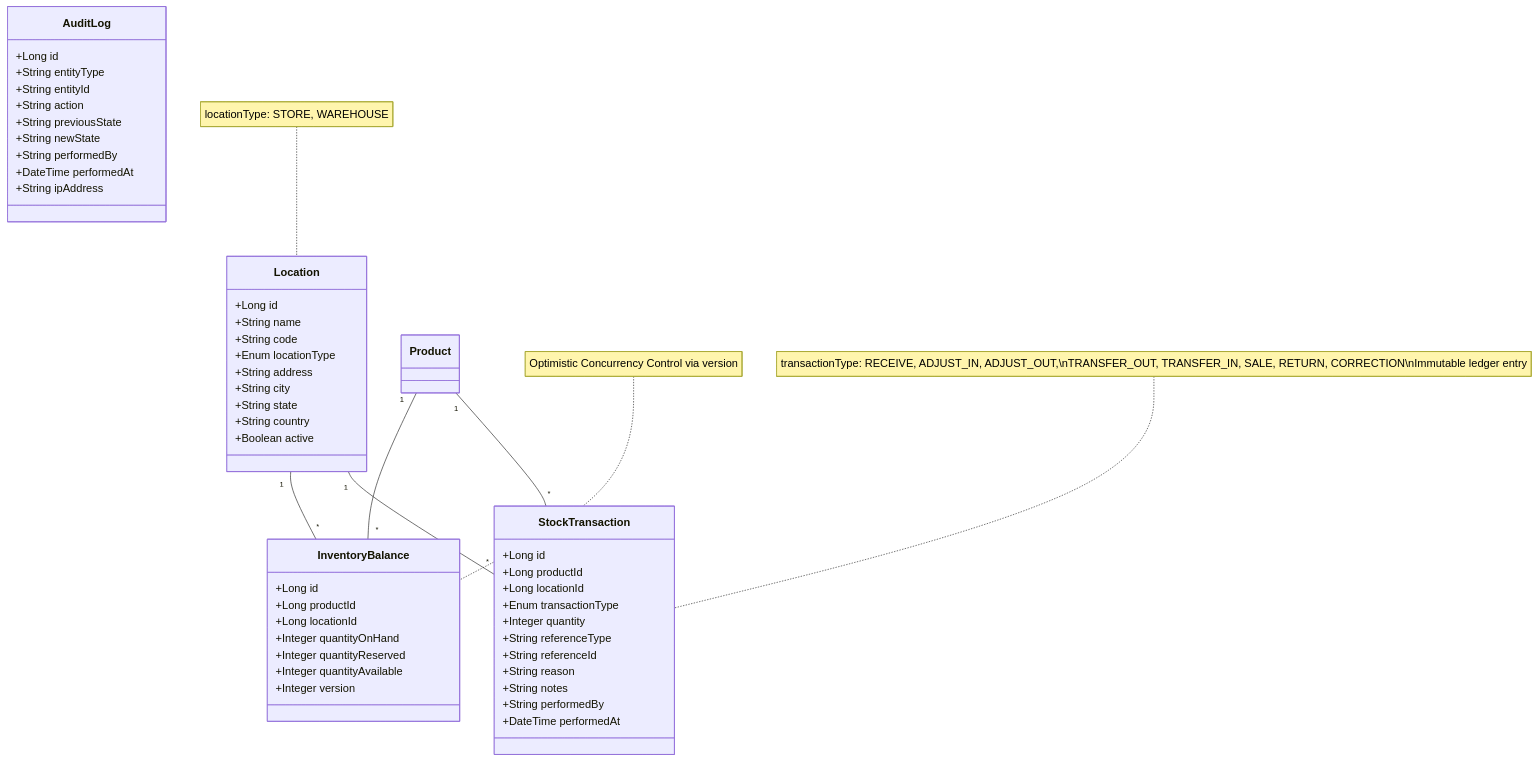
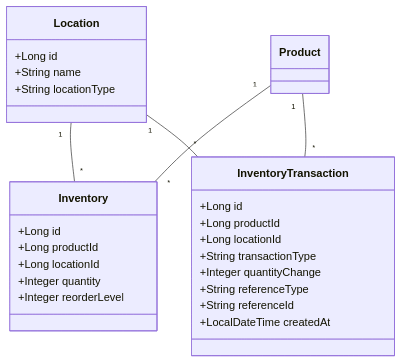
Before and after one commit to kirtika-0102/StockSmart: the third of 9 diagrams in docs/class-diagram.md, drawn with Mermaid. The commit also changed other lines of this file and 74 other files, not shown here.

Commit message:
architecture of application

````diff
--- a/docs/class-diagram.md
+++ b/docs/class-diagram.md
@@ -111,61 +55,29 @@
 ```mermaid
 classDiagram
     class Location {
         +Long id
         +String name
-        +String code
-        +Enum locationType
-        +String address
-        +String city
-        +String state
-        +String country
-        +Boolean active
+        +String locationType
     }
-    
-    note for Location "locationType: STORE, WAREHOUSE"
-
-    class InventoryBalance {
+    class Inventory {
         +Long id
         +Long productId
         +Long locationId
-        +Integer quantityOnHand
-        +Integer quantityReserved
-        +Integer quantityAvailable
-        +Integer version
+        +Integer quantity
+        +Integer reorderLevel
     }
-    
-    note for InventoryBalance "Optimistic Concurrency Control via version"
-
-    class StockTransaction {
+    class InventoryTransaction {
         +Long id
         +Long productId
         +Long locationId
-        +Enum transactionType
-        +Integer quantity
+        +String transactionType
+        +Integer quantityChange
         +String referenceType
         +String referenceId
-        +String reason
-        +String notes
-        +String performedBy
-        +DateTime performedAt
+        +LocalDateTime createdAt
     }
-    
-    note for StockTransaction "transactionType: RECEIVE, ADJUST_IN, ADJUST_OUT,\nTRANSFER_OUT, TRANSFER_IN, SALE, RETURN, CORRECTION\nImmutable ledger entry"
-
-    class AuditLog {
-        +Long id
-        +String entityType
-        +String entityId
-        +String action
-        +String previousState
-        +String newState
-        +String performedBy
-        +DateTime performedAt
-        +String ipAddress
-    }
-
-    Location "1" -- "*" InventoryBalance
-    Product "1" -- "*" InventoryBalance
-    Product "1" -- "*" StockTransaction
-    Location "1" -- "*" StockTransaction
+    Location "1" -- "*" Inventory
+    Product "1" -- "*" Inventory
+    Product "1" -- "*" InventoryTransaction
+    Location "1" -- "*" InventoryTransaction
 ```
````
